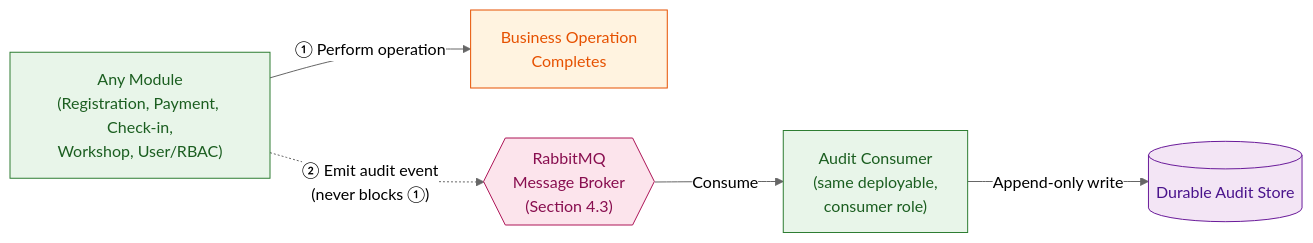
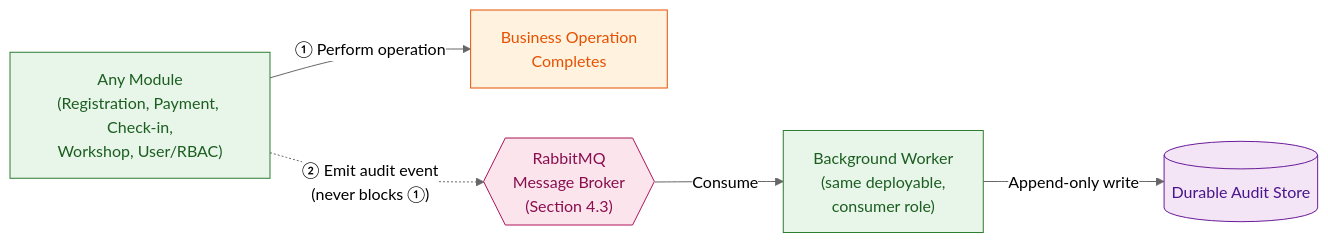
Before and after one commit to tiennt220805/UniHub: diagram 11 of 13 in blueprint/architecture.md, drawn with Mermaid (neutral theme). The commit also changed other lines of this file and 2 other files, not shown here.

Commit message:
docs(architecture): refine documentation

````diff
--- a/blueprint/architecture.md
+++ b/blueprint/architecture.md
@@ -715,23 +718,23 @@
 ```mermaid
 flowchart LR
     Module["Any Module<br/>(Registration, Payment, Check-in,<br/>Workshop, User/RBAC)"]
     Business["Business Operation<br/>Completes"]
     Broker{{"RabbitMQ<br/>Message Broker<br/>(Section 4.3)"}}
-    Consumer["Audit Consumer<br/>(same deployable,<br/>consumer role)"]
+    Worker["Background Worker<br/>(same deployable,<br/>consumer role)"]
     Store[("Durable Audit Store")]
 
     Module -->|"① Perform operation"| Business
     Module -.->|"② Emit audit event<br/>(never blocks ①)"| Broker
-    Broker -->|Consume| Consumer
-    Consumer -->|Append-only write| Store
+    Broker -->|Consume| Worker
+    Worker -->|Append-only write| Store
 
     classDef apiStyle fill:#E8F5E9,stroke:#2E7D32,color:#1B5E20
     classDef brokerStyle fill:#FCE4EC,stroke:#AD1457,color:#880E4F
     classDef storeStyle fill:#F3E5F5,stroke:#6A1B9A,color:#4A148C
     classDef businessStyle fill:#FFF3E0,stroke:#E65100,color:#E65100
 
-    class Module,Consumer apiStyle
+    class Module,Worker apiStyle
     class Broker brokerStyle
     class Store storeStyle
     class Business businessStyle
 ```
````
